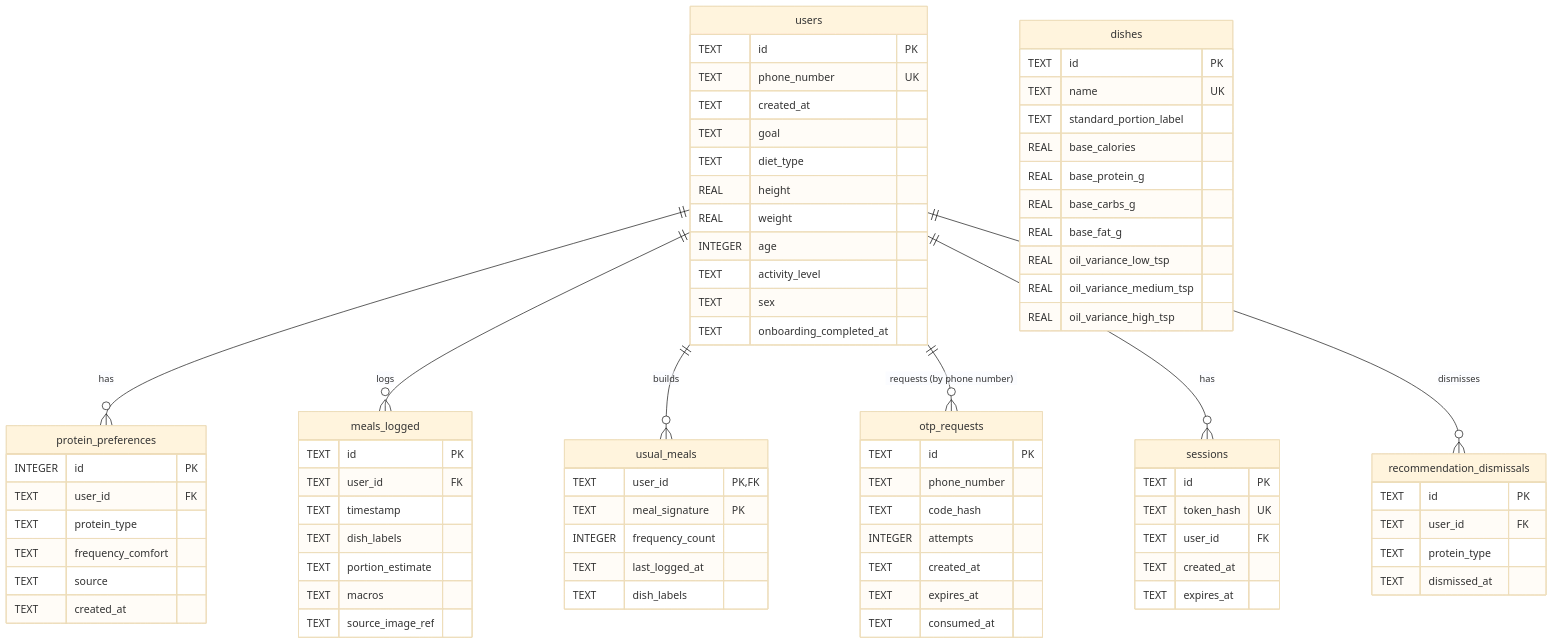
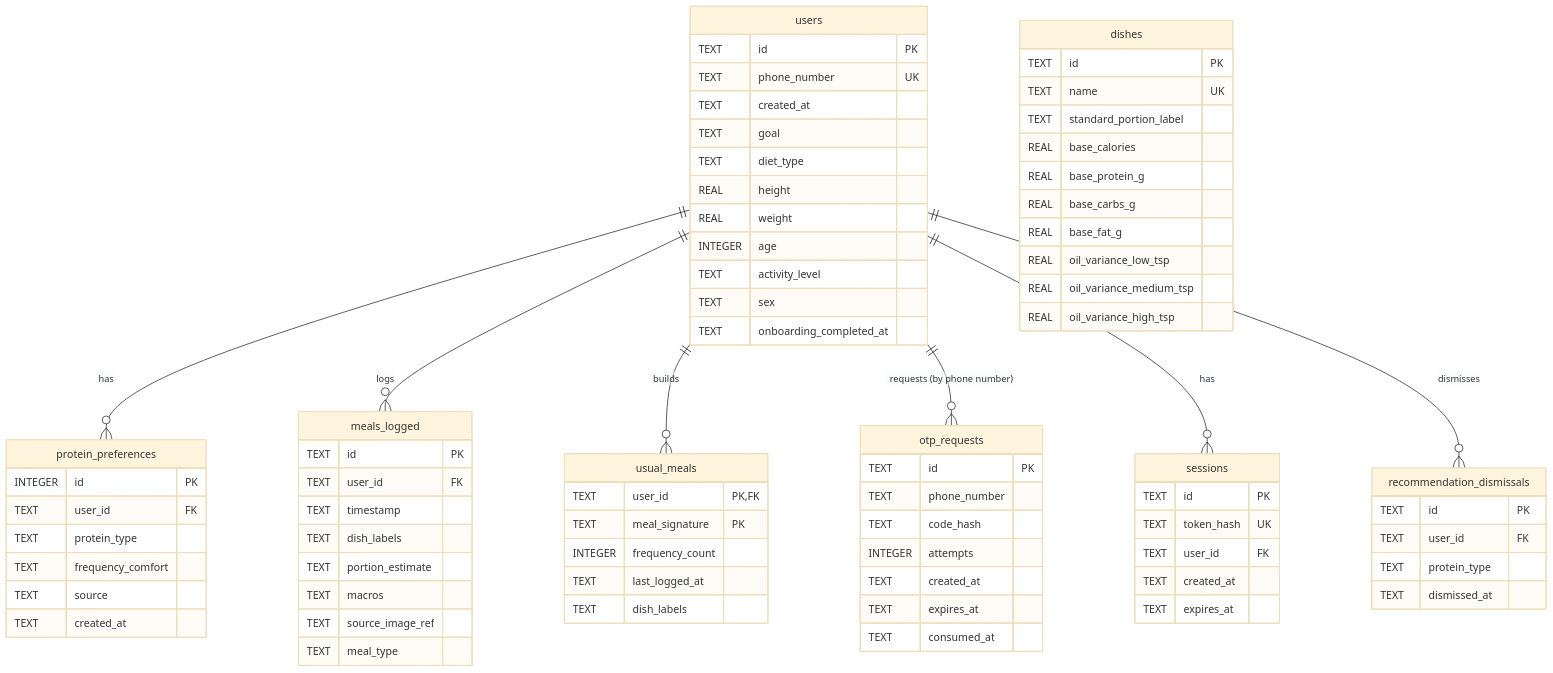
One commit to m0jojojo/patleHoneAayeHo changed the diagram in docs/schema.md. Above: the diagram before and after it, drawn with Mermaid (base theme). The commit also changed other lines of this file and 52 other files, not shown here.

First line of the commit message:
Dashboard redesign, delete-meal, and meal-type grouping

```diff
--- a/docs/schema.md
+++ b/docs/schema.md
@@ -44,6 +44,7 @@
         TEXT portion_estimate
         TEXT macros
         TEXT source_image_ref
+        TEXT meal_type
     }
 
     usual_meals {
```
